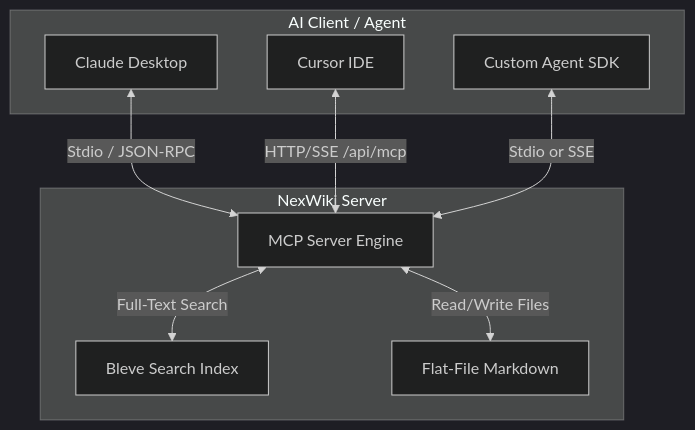
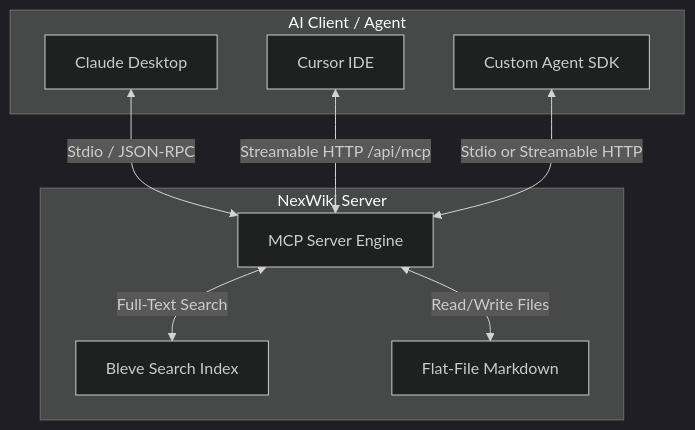
One commit to gruberchris/nexwiki changed the diagram in AGENTS.md. Above: the diagram before and after it, drawn with Mermaid (dark theme). The commit also changed other lines of this file, not shown here.

Commit message:
update AGENTS.md to reflect changes from HTTP/SSE to Streamable HTTP transport specification

````diff
--- a/AGENTS.md
+++ b/AGENTS.md
@@ -29,21 +29,21 @@
 ```mermaid
 graph TD
     subgraph AI Client / Agent
         Claude[Claude Desktop]
         Cursor[Cursor IDE]
         Custom[Custom Agent SDK]
     end
 
     subgraph NexWiki Server
         MCPEngine[MCP Server Engine]
         Bleve[Bleve Search Index]
         FlatFiles[Flat-File Markdown]
     end
 
     Claude <-->|Stdio / JSON-RPC| MCPEngine
-    Cursor <-->|HTTP/SSE /api/mcp| MCPEngine
-    Custom <-->|Stdio or SSE| MCPEngine
+    Cursor <-->|Streamable HTTP /api/mcp| MCPEngine
+    Custom <-->|Stdio or Streamable HTTP| MCPEngine
 
     MCPEngine <-->|Full-Text Search| Bleve
     MCPEngine <-->|Read/Write Files| FlatFiles
 ```
````
